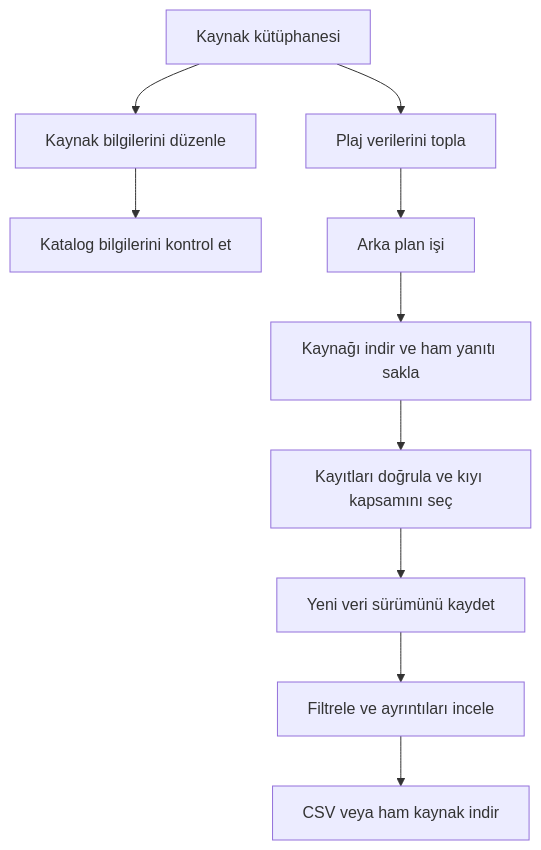
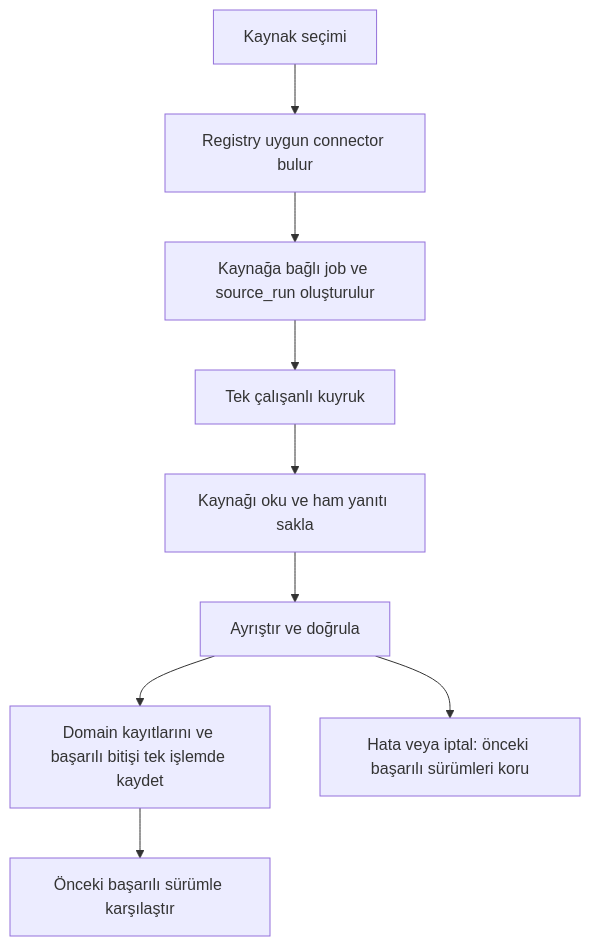
Before and after one commit to bemonths/tatilya: the diagram in CALISMA_MANTIGI.md, drawn with Mermaid. The commit also changed other lines of this file and 28 other files, not shown here.

````diff
--- a/CALISMA_MANTIGI.md
+++ b/CALISMA_MANTIGI.md
@@ -38,12 +21,11 @@
 ```mermaid
 flowchart TD
-    A[Kaynak kütüphanesi] --> B[Kaynak bilgilerini düzenle]
-    B --> C[Katalog bilgilerini kontrol et]
-    A --> D[Plaj verilerini topla]
-    D --> E[Arka plan işi]
-    E --> F[Kaynağı indir ve ham yanıtı sakla]
-    F --> G[Kayıtları doğrula ve kıyı kapsamını seç]
-    G --> H[Yeni veri sürümünü kaydet]
-    H --> I[Filtrele ve ayrıntıları incele]
-    I --> J[CSV veya ham kaynak indir]
+    A[Kaynak seçimi] --> B[Registry uygun connector bulur]
+    B --> C[Kaynağa bağlı job ve source_run oluşturulur]
+    C --> D[Tek çalışanlı kuyruk]
+    D --> E[Kaynağı oku ve ham yanıtı sakla]
+    E --> F[Ayrıştır ve doğrula]
+    F --> G[Domain kayıtlarını ve başarılı bitişi tek işlemde kaydet]
+    G --> H[Önceki başarılı sürümle karşılaştır]
+    F --> I[Hata veya iptal: önceki başarılı sürümleri koru]
 ```
````
